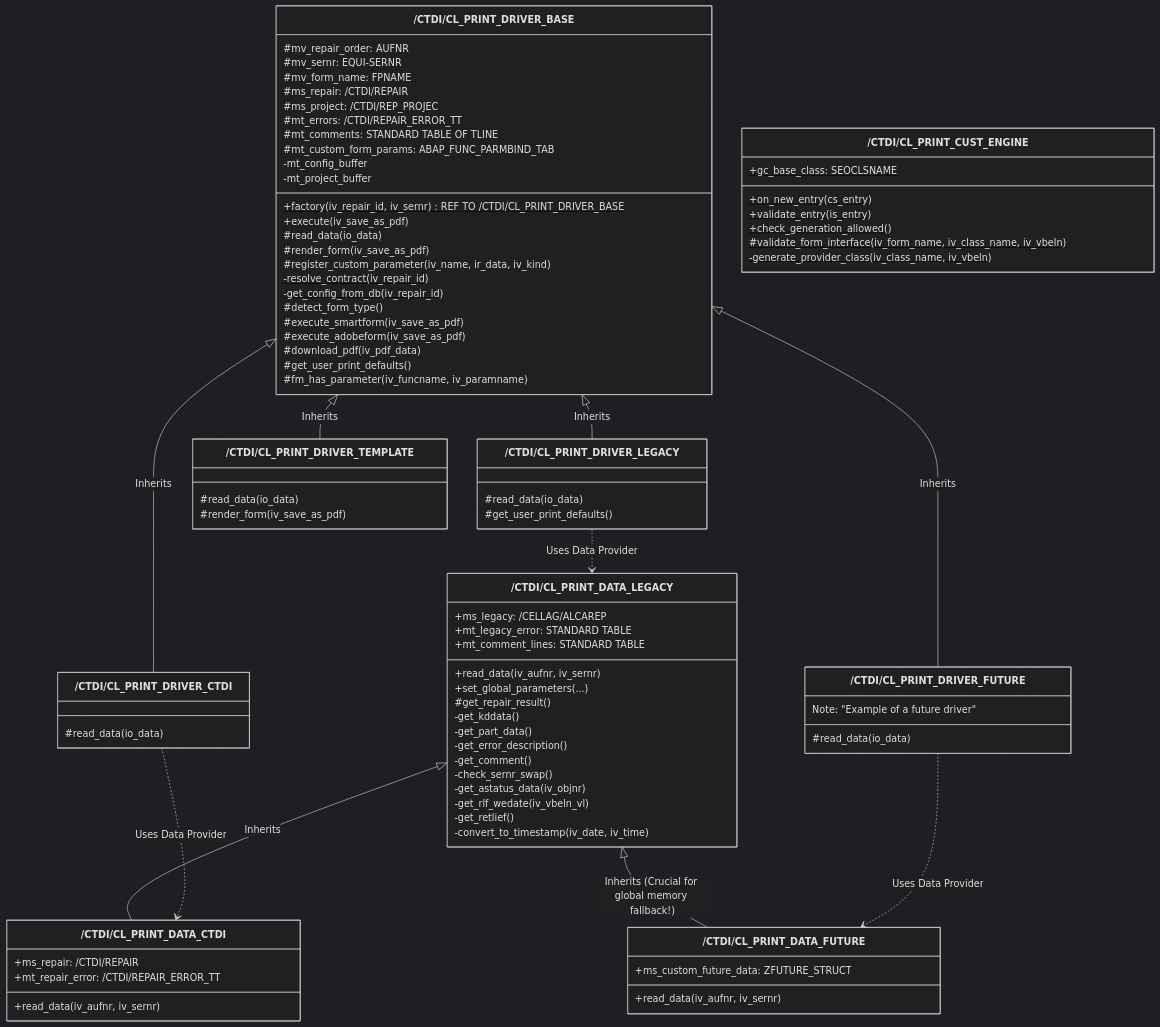
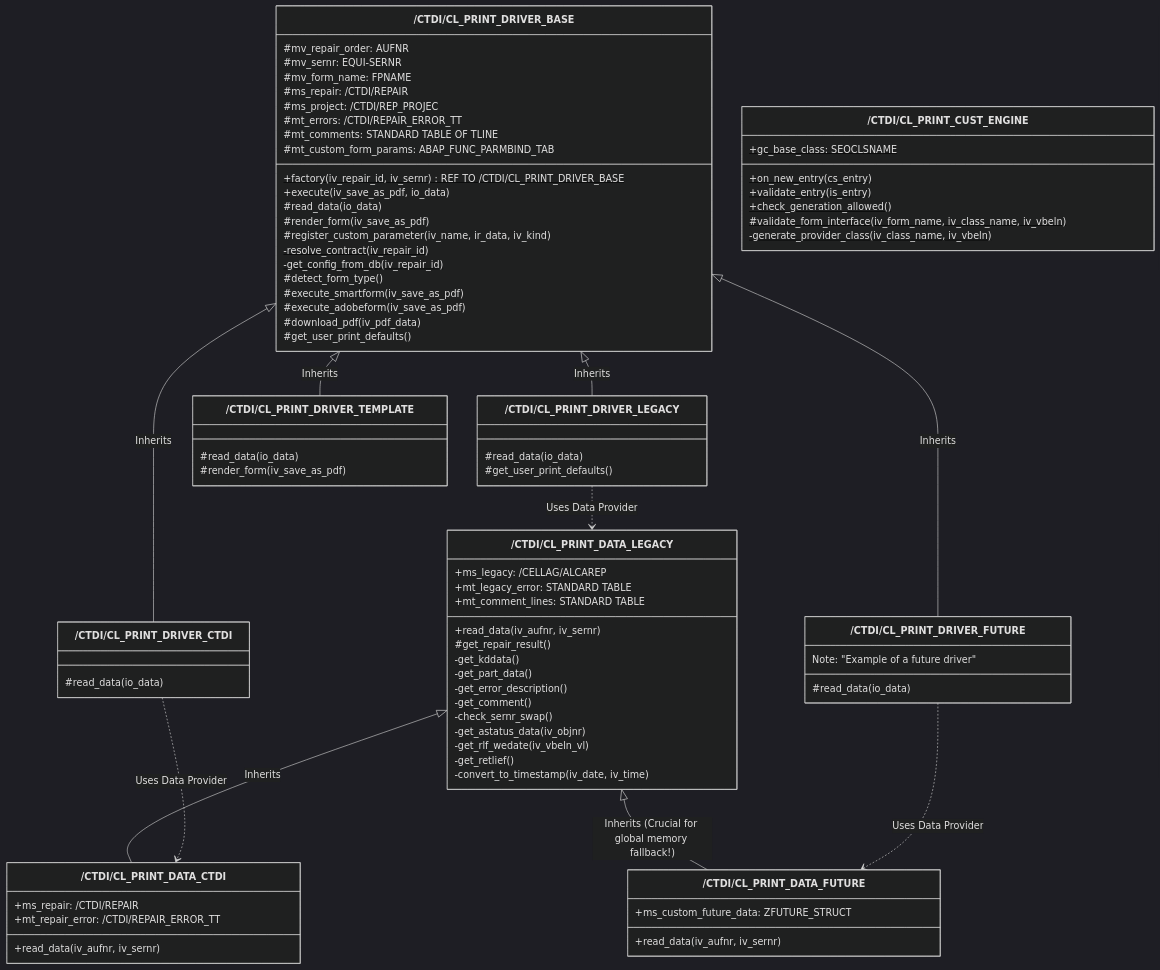
One commit to sbozbuga/DynAbap changed the first of 2 diagrams in uml_new.md. Above: the diagram before and after it, drawn with Mermaid (dark theme). The commit also changed 2 other files, not shown here.

Commit message:
feat: implement /ctdi/cl_print_data_legacy class for Alcatel repair data and update documentation

```diff
--- a/uml_new.md
+++ b/uml_new.md
@@ -20,10 +20,8 @@
         #mt_errors: /CTDI/REPAIR_ERROR_TT
         #mt_comments: STANDARD TABLE OF TLINE
         #mt_custom_form_params: ABAP_FUNC_PARMBIND_TAB
-        -mt_config_buffer
-        -mt_project_buffer
         +factory(iv_repair_id, iv_sernr)$ REF TO /CTDI/CL_PRINT_DRIVER_BASE
-        +execute(iv_save_as_pdf)
+        +execute(iv_save_as_pdf, io_data)
         #read_data(io_data)
         #render_form(iv_save_as_pdf)
         #register_custom_parameter(iv_name, ir_data, iv_kind)
@@ -34,7 +32,6 @@
         #execute_adobeform(iv_save_as_pdf)
         #download_pdf(iv_pdf_data)
         #get_user_print_defaults()
-        #fm_has_parameter(iv_funcname, iv_paramname)
     }
 
     class `/CTDI/CL_PRINT_CUST_ENGINE` {
@@ -70,7 +67,6 @@
         +mt_legacy_error: STANDARD TABLE
         +mt_comment_lines: STANDARD TABLE
         +read_data(iv_aufnr, iv_sernr)
-        +set_global_parameters(...)
         #get_repair_result()
         -get_kddata()
         -get_part_data()
```
